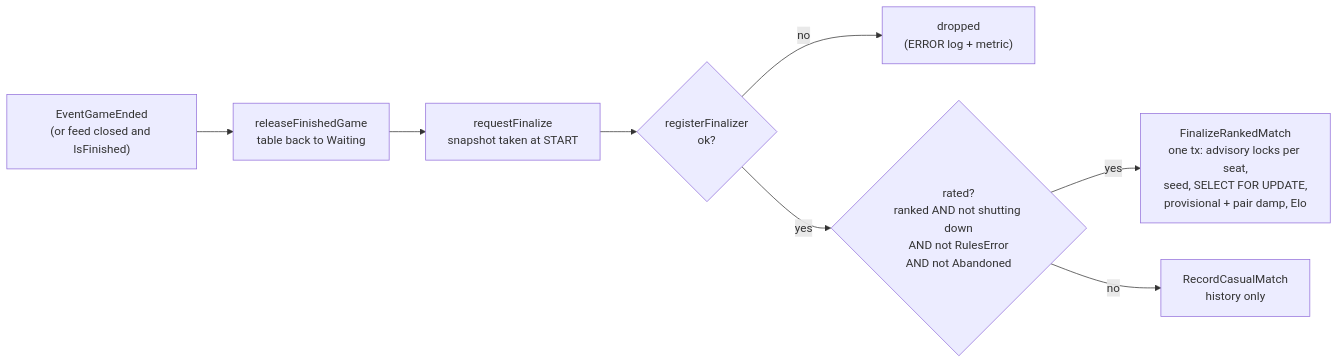
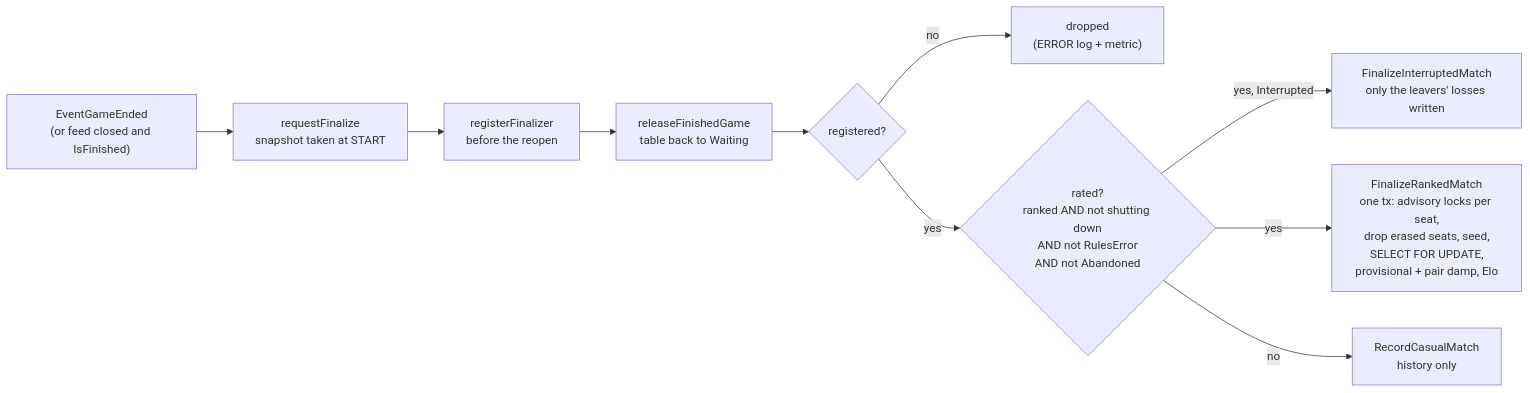
One commit to Pieczasz/terminal-card changed the seventh of 11 diagrams in docs/codebase-map.md. Above: the diagram before and after it, drawn with Mermaid. The commit also changed other lines of this file, not shown here.

Commit message:
docs(codebase-map): refresh counts, flows, the BoundEngine and Session shapes and the lock order

````diff
--- a/docs/codebase-map.md
+++ b/docs/codebase-map.md
@@ -258,10 +269,12 @@
 ```mermaid
 flowchart LR
-    ended["EventGameEnded<br/>(or feed closed and IsFinished)"] --> release["releaseFinishedGame<br/>table back to Waiting"]
-    release --> req["requestFinalize<br/>snapshot taken at START"]
-    req --> reg{"registerFinalizer<br/>ok?"}
-    reg -- no --> dropped["dropped<br/>(ERROR log + metric)"]
-    reg -- yes --> gate{"rated?<br/>ranked AND not shutting down<br/>AND not RulesError<br/>AND not Abandoned"}
-    gate -- yes --> ranked["FinalizeRankedMatch<br/>one tx: advisory locks per seat,<br/>seed, SELECT FOR UPDATE,<br/>provisional + pair damp, Elo"]
+    ended["EventGameEnded<br/>(or feed closed and IsFinished)"] --> req["requestFinalize<br/>snapshot taken at START"]
+    req --> reg["registerFinalizer<br/>before the reopen"]
+    reg --> release["releaseFinishedGame<br/>table back to Waiting"]
+    release --> fin{"registered?"}
+    fin -- no --> dropped["dropped<br/>(ERROR log + metric)"]
+    fin -- yes --> gate{"rated?<br/>ranked AND not shutting down<br/>AND not RulesError<br/>AND not Abandoned"}
+    gate -- "yes, Interrupted" --> interrupted["FinalizeInterruptedMatch<br/>only the leavers' losses written"]
+    gate -- yes --> ranked["FinalizeRankedMatch<br/>one tx: advisory locks per seat,<br/>drop erased seats, seed,<br/>SELECT FOR UPDATE,<br/>provisional + pair damp, Elo"]
     gate -- no --> casual["RecordCasualMatch<br/>history only"]
 ```
````
